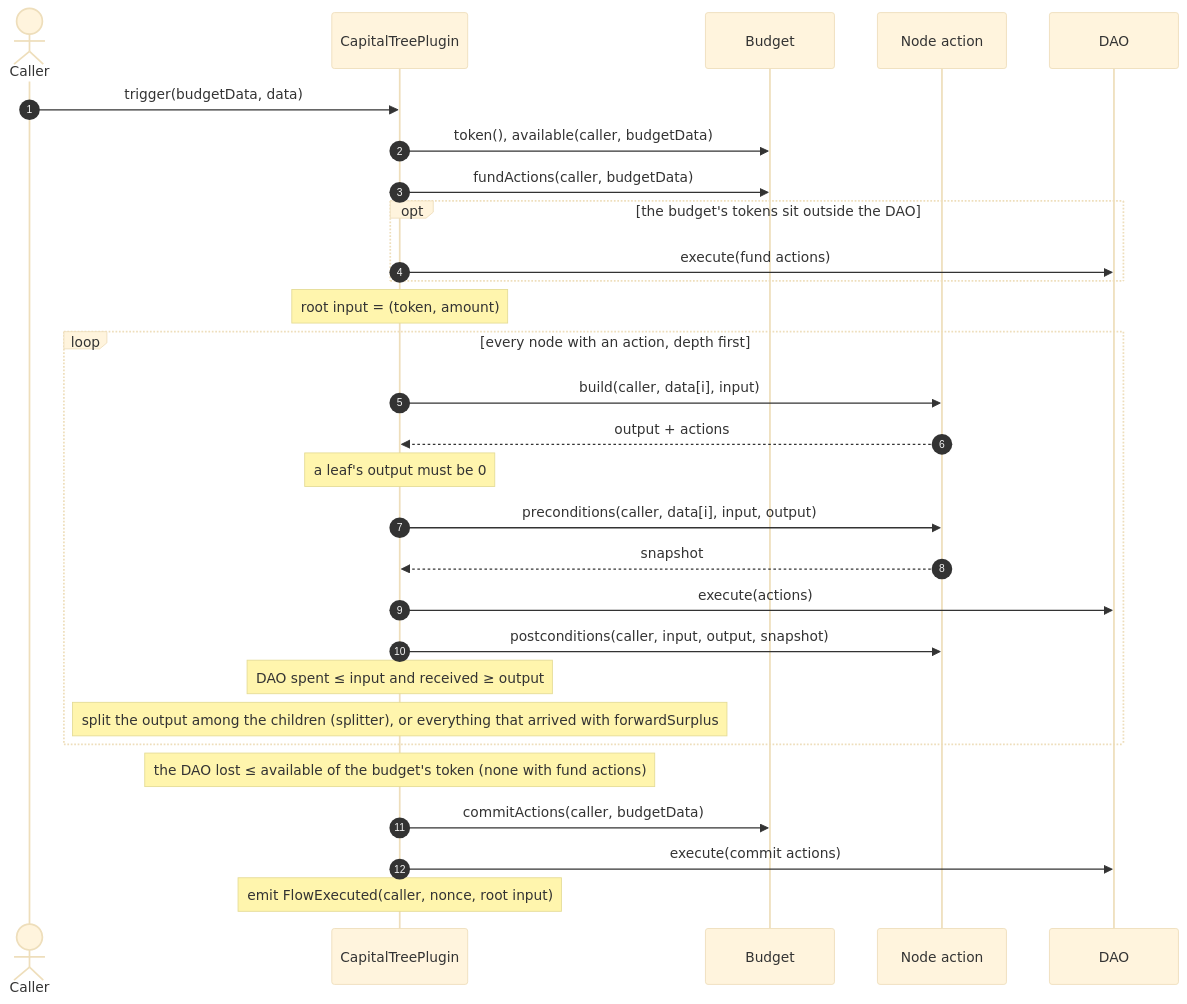
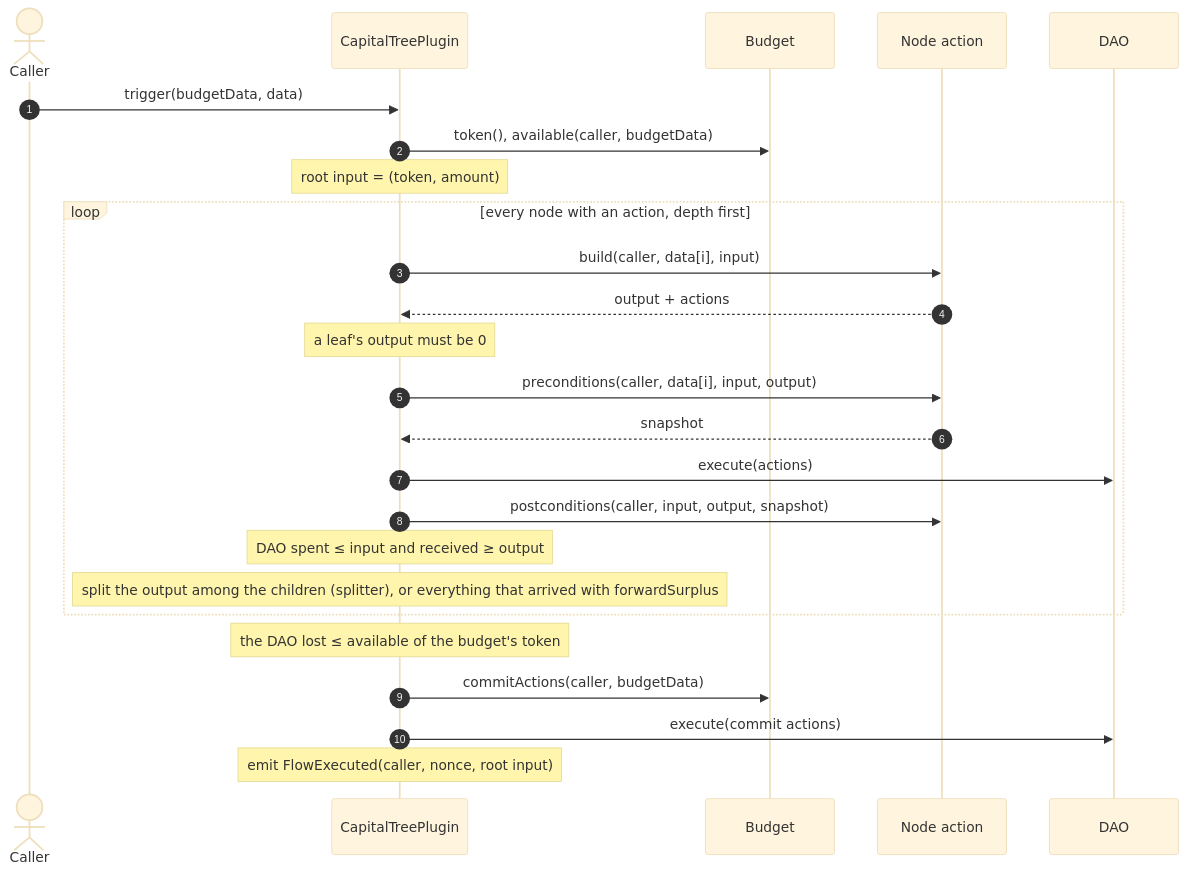
Before and after one commit to antfarm-official/tree-capital: the second of 10 diagrams in README.md, drawn with Mermaid (base theme). The commit also changed other lines of this file and 8 other files, not shown here.

First line of the commit message:
Remove the budget's fund actions

````diff
--- a/README.md
+++ b/README.md
@@ -60,32 +60,28 @@
 ```mermaid
 sequenceDiagram
     autonumber
     actor Caller
     participant Plugin as CapitalTreePlugin
     participant Budget
     participant Action as Node action
     participant DAO
 
     Caller->>Plugin: trigger(budgetData, data)
     Plugin->>Budget: token(), available(caller, budgetData)
-    Plugin->>Budget: fundActions(caller, budgetData)
-    opt the budget's tokens sit outside the DAO
-        Plugin->>DAO: execute(fund actions)
-    end
     Note over Plugin: root input = (token, amount)
     loop every node with an action, depth first
         Plugin->>Action: build(caller, data[i], input)
         Action-->>Plugin: output + actions
         Note over Plugin: a leaf's output must be 0
         Plugin->>Action: preconditions(caller, data[i], input, output)
         Action-->>Plugin: snapshot
         Plugin->>DAO: execute(actions)
         Plugin->>Action: postconditions(caller, input, output, snapshot)
         Note over Plugin: DAO spent ≤ input and received ≥ output
         Note over Plugin: split the output among the children (splitter), or everything that arrived with forwardSurplus
     end
-    Note over Plugin: the DAO lost ≤ available of the budget's token (none with fund actions)
+    Note over Plugin: the DAO lost ≤ available of the budget's token
     Plugin->>Budget: commitActions(caller, budgetData)
     Plugin->>DAO: execute(commit actions)
     Note over Plugin: emit FlowExecuted(caller, nonce, root input)
 ```
````
